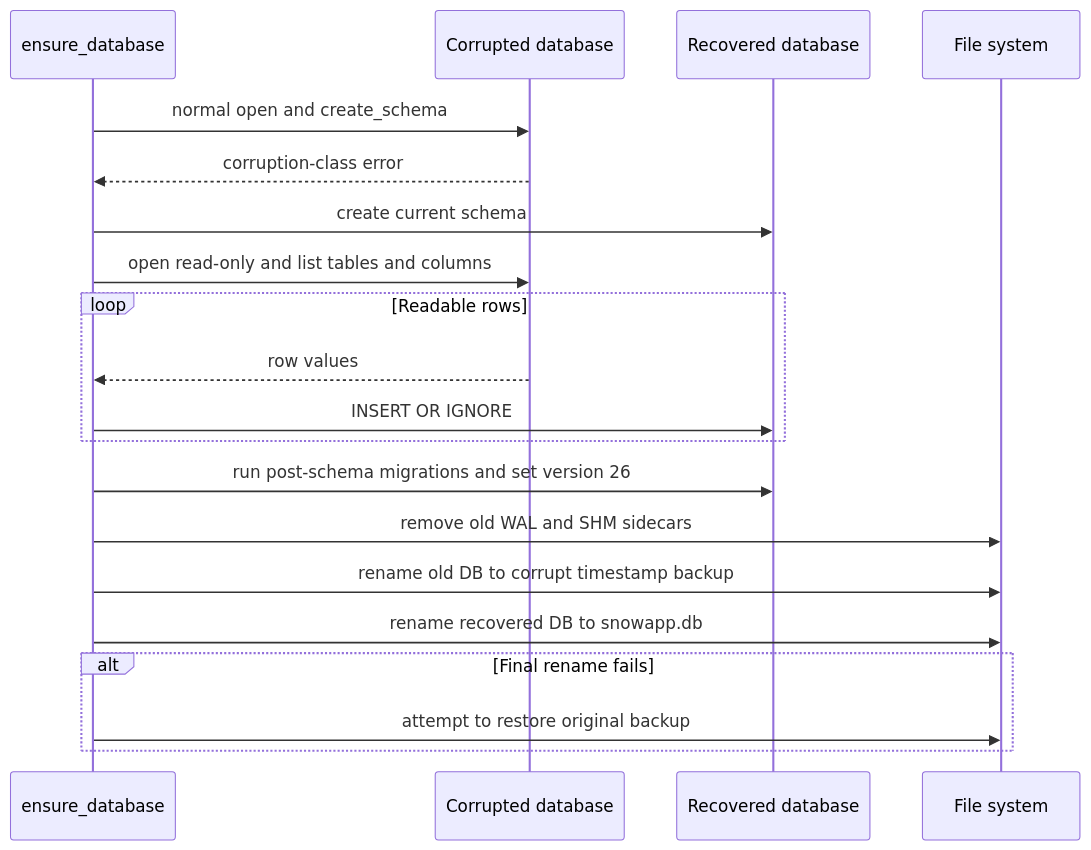
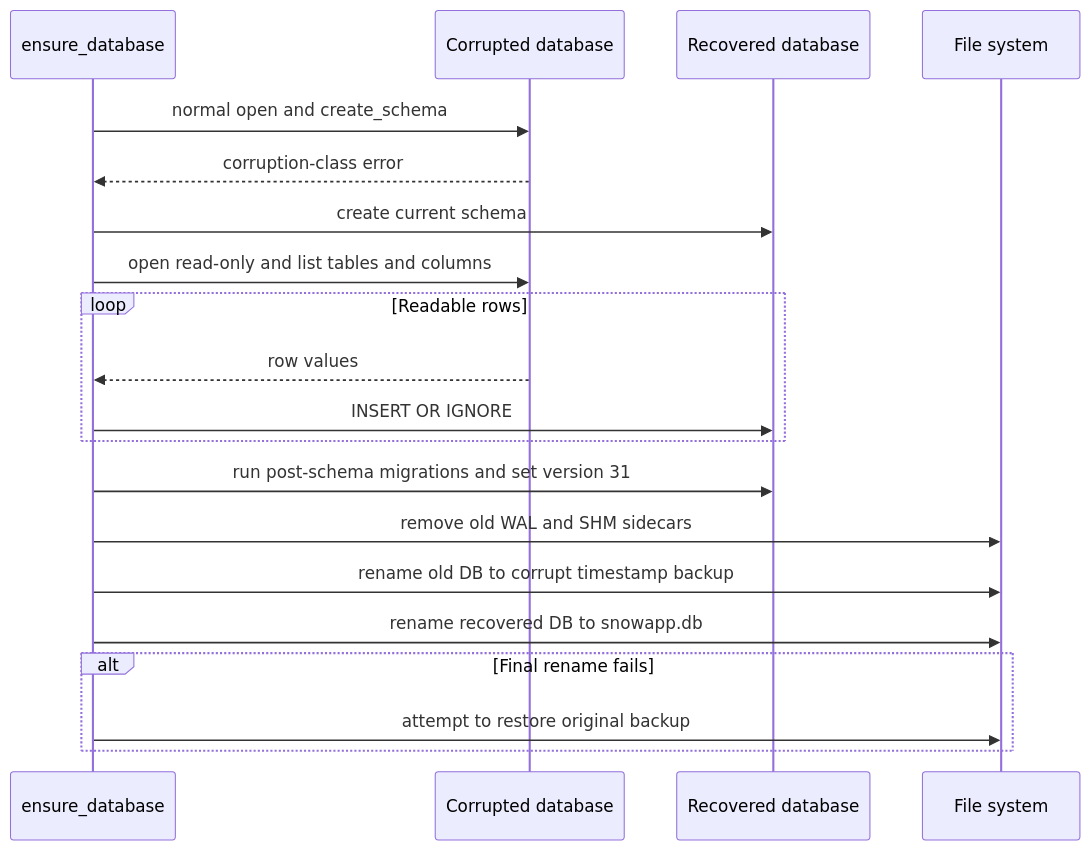
Before and after one commit to BaSui01/snow-app: the third of 6 diagrams in docs/en/4-architecture-and-development/5-storage-migration-backup-and-recovery.md, drawn with Mermaid. The commit also changed other lines of this file and 49 other files, not shown here.

````diff
--- a/docs/en/4-architecture-and-development/5-storage-migration-backup-and-recovery.md
+++ b/docs/en/4-architecture-and-development/5-storage-migration-backup-and-recovery.md
@@ -85,23 +85,23 @@
 ```mermaid
 sequenceDiagram
     participant E as ensure_database
     participant Old as Corrupted database
     participant New as Recovered database
     participant FS as File system
 
     E->>Old: normal open and create_schema
     Old-->>E: corruption-class error
     E->>New: create current schema
     E->>Old: open read-only and list tables and columns
     loop Readable rows
         Old-->>E: row values
         E->>New: INSERT OR IGNORE
     end
-    E->>New: run post-schema migrations and set version 26
+    E->>New: run post-schema migrations and set version 31
     E->>FS: remove old WAL and SHM sidecars
     E->>FS: rename old DB to corrupt timestamp backup
     E->>FS: rename recovered DB to snowapp.db
     alt Final rename fails
         E->>FS: attempt to restore original backup
     end
 ```
````
